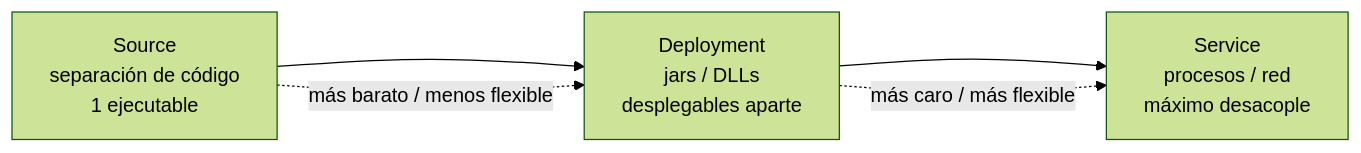
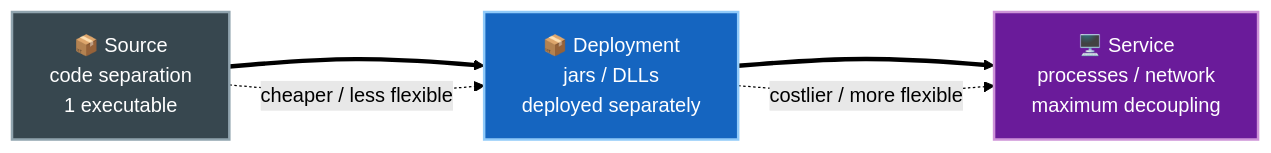
One commit to JavierMachucaA/clean-architecture-guia changed the fifth of 5 diagrams in 05-arquitectura-conceptos-centrales/04-desacoplamiento-y-duplicacion.md. Above: the diagram before and after it, drawn with Mermaid (forest theme). The commit also changed other lines of this file and 45 other files, not shown here.

````diff
--- a/05-arquitectura-conceptos-centrales/04-desacoplamiento-y-duplicacion.md
+++ b/05-arquitectura-conceptos-centrales/04-desacoplamiento-y-duplicacion.md
@@ -157,6 +196,10 @@
 ```mermaid
 flowchart LR
-    S["Source<br/>separación de código<br/>1 ejecutable"] --> D["Deployment<br/>jars / DLLs<br/>desplegables aparte"] --> V["Service<br/>procesos / red<br/>máximo desacople"]
-    S -. más barato / menos flexible .-> D
-    D -. más caro / más flexible .-> V
+    S["📦 Source<br/>code separation<br/>1 executable"] ==> D["📦 Deployment<br/>jars / DLLs<br/>deployed separately"] ==> V["🖥️ Service<br/>processes / network<br/>maximum decoupling"]
+    S -. cheaper / less flexible .-> D
+    D -. costlier / more flexible .-> V
+
+    style S fill:#37474f,stroke:#90a4ae,color:#fff,stroke-width:2px
+    style D fill:#1565c0,stroke:#90caf9,color:#fff,stroke-width:2px
+    style V fill:#6a1b9a,stroke:#ce93d8,color:#fff,stroke-width:2px
 ```
````
